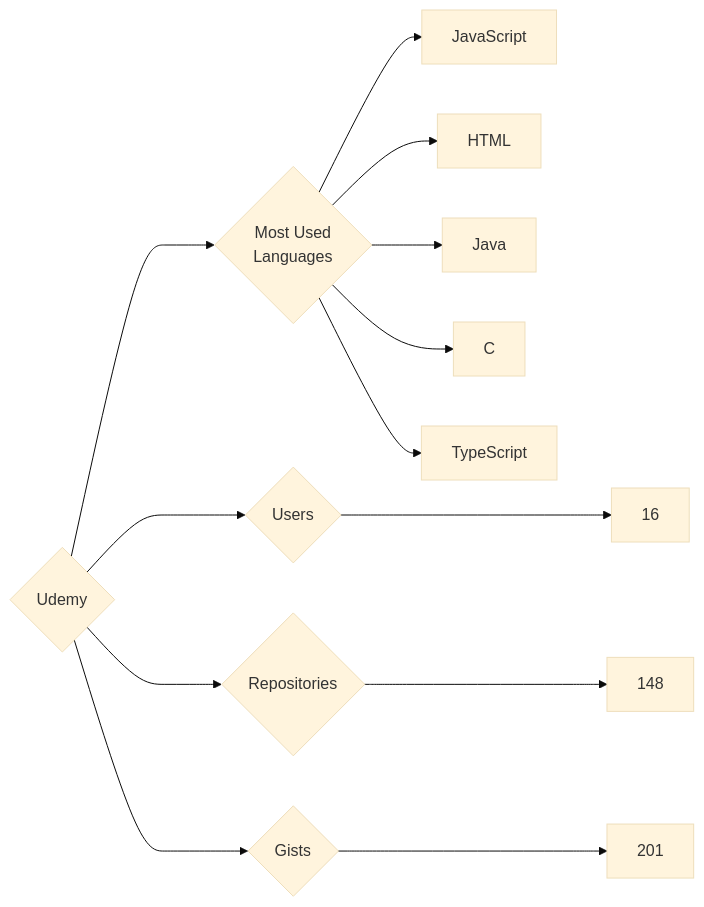
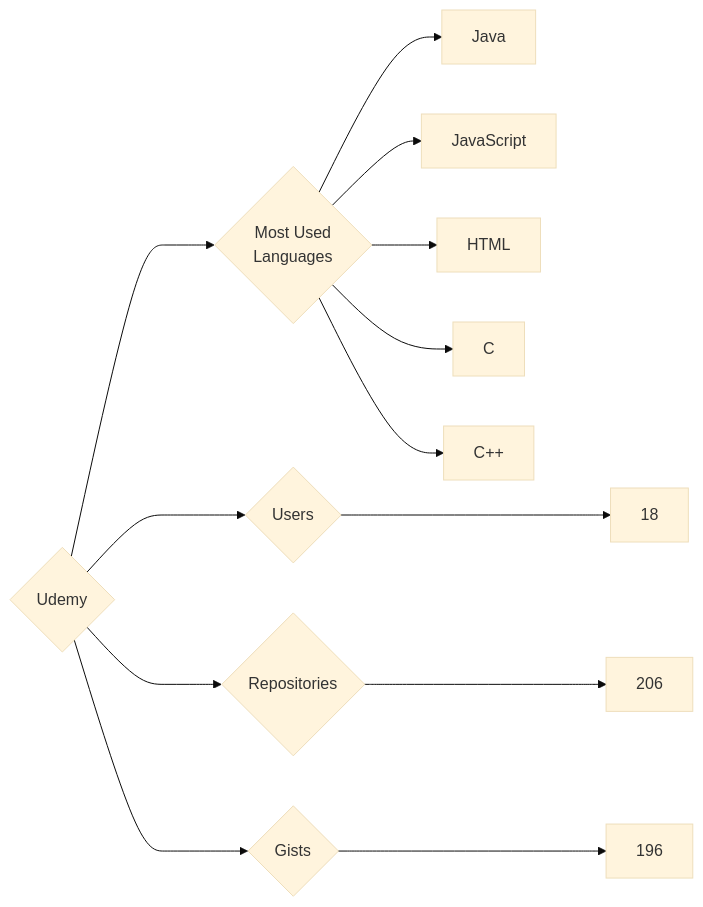
The diagram in targets/Udemy/README.md (trickest/insiders), drawn with Mermaid (base theme) before and after one commit. The commit also changed 965 other files, not shown here.

````diff
--- a/targets/Udemy/README.md
+++ b/targets/Udemy/README.md
@@ -3,13 +3,13 @@
 ```mermaid
 graph LR
 COMPANY_NAME{Udemy}
-COMPANY_NAME ---> U{Users} ---> UN[16]
-COMPANY_NAME ---> R{Repositories} ---> RN[148]
-COMPANY_NAME ---> G{Gists} ---> GN[201]
+COMPANY_NAME ---> U{Users} ---> UN[18]
+COMPANY_NAME ---> R{Repositories} ---> RN[206]
+COMPANY_NAME ---> G{Gists} ---> GN[196]
 COMPANY_NAME ---> ML{Most Used<br>Languages}
+ML --> Java[Java]
 ML --> JavaScript[JavaScript]
 ML --> HTML[HTML]
-ML --> Java[Java]
 ML --> C[C]
-ML --> TypeScript[TypeScript]
+ML --> C++[C++]
 ```
````
